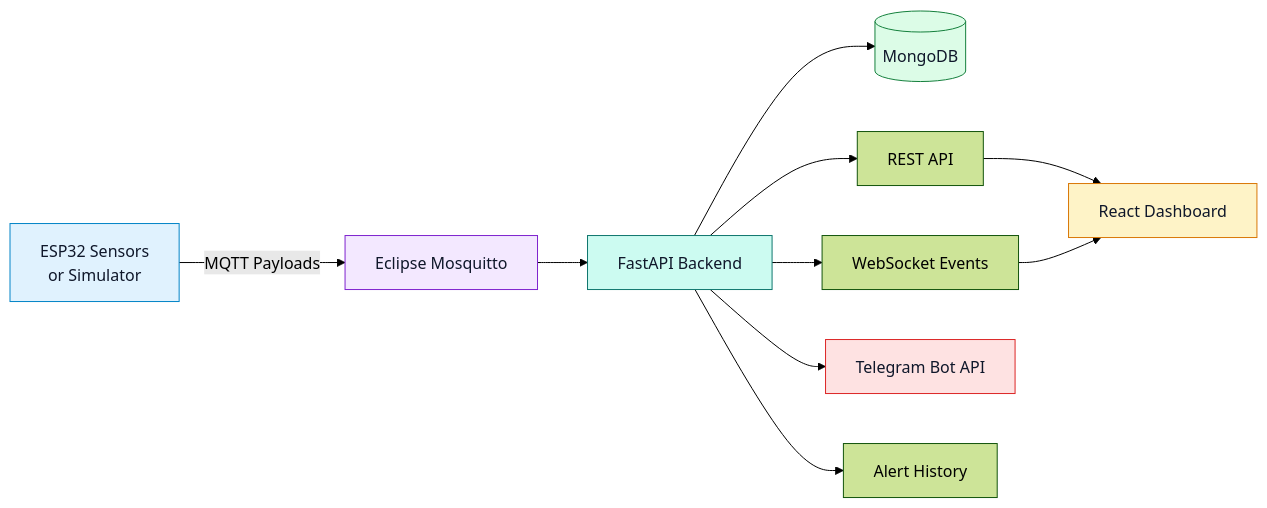
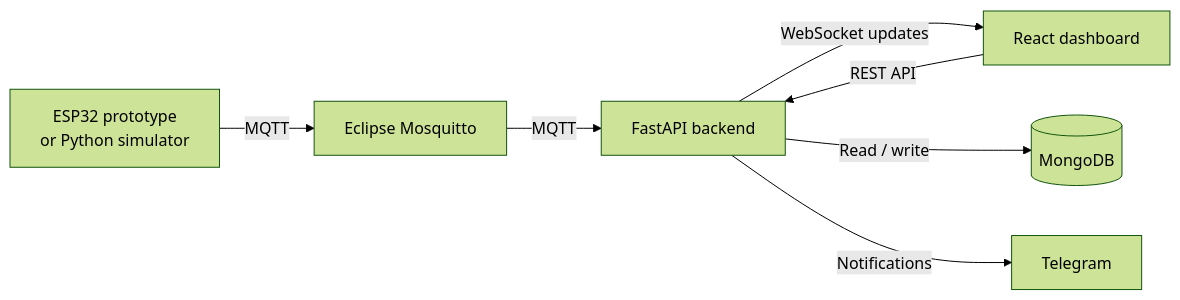
Before and after one commit to momo840505/smart-hydro-alert: the first of 2 diagrams in README.md, drawn with Mermaid (forest theme). The commit also changed other lines of this file and 4 other files, not shown here.

````diff
--- a/README.md
+++ b/README.md
@@ -91,19 +41,18 @@
 ```mermaid
 flowchart LR
-    A[ESP32 Sensors<br/>or Simulator] -->|MQTT Payloads| B[Eclipse Mosquitto]
-    B --> C[FastAPI Backend]
-    C --> D[(MongoDB)]
-    C --> E[REST API]
-    C --> F[WebSocket Events]
-    E --> G[React Dashboard]
-    F --> G
-    C --> H[Telegram Bot API]
-    C --> I[Alert History]
+    A[ESP32 prototype<br/>or Python simulator]
+    B[Eclipse Mosquitto]
+    C[FastAPI backend]
+    D[(MongoDB)]
+    E[React dashboard]
+    F[Telegram]
 
-    style A fill:#e0f2fe,stroke:#0284c7,color:#0f172a
-    style B fill:#f3e8ff,stroke:#7e22ce,color:#0f172a
-    style C fill:#ccfbf1,stroke:#0f766e,color:#0f172a
-    style D fill:#dcfce7,stroke:#15803d,color:#0f172a
-    style G fill:#fef3c7,stroke:#d97706,color:#0f172a
-    style H fill:#fee2e2,stroke:#dc2626,color:#0f172a
+    A -->|MQTT| B
+    B -->|MQTT| C
+
+    E -->|REST API| C
+    C -->|WebSocket updates| E
+
+    C -->|Read / write| D
+    C -->|Notifications| F
 ```
````
